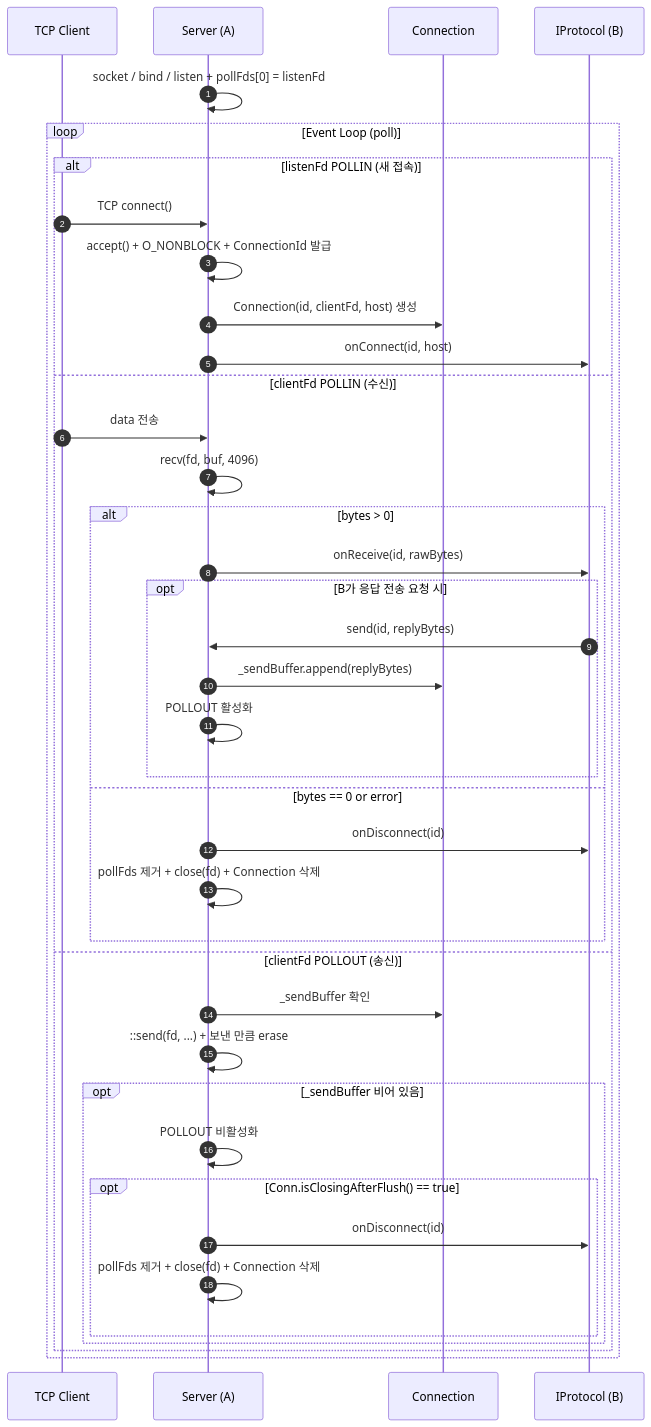
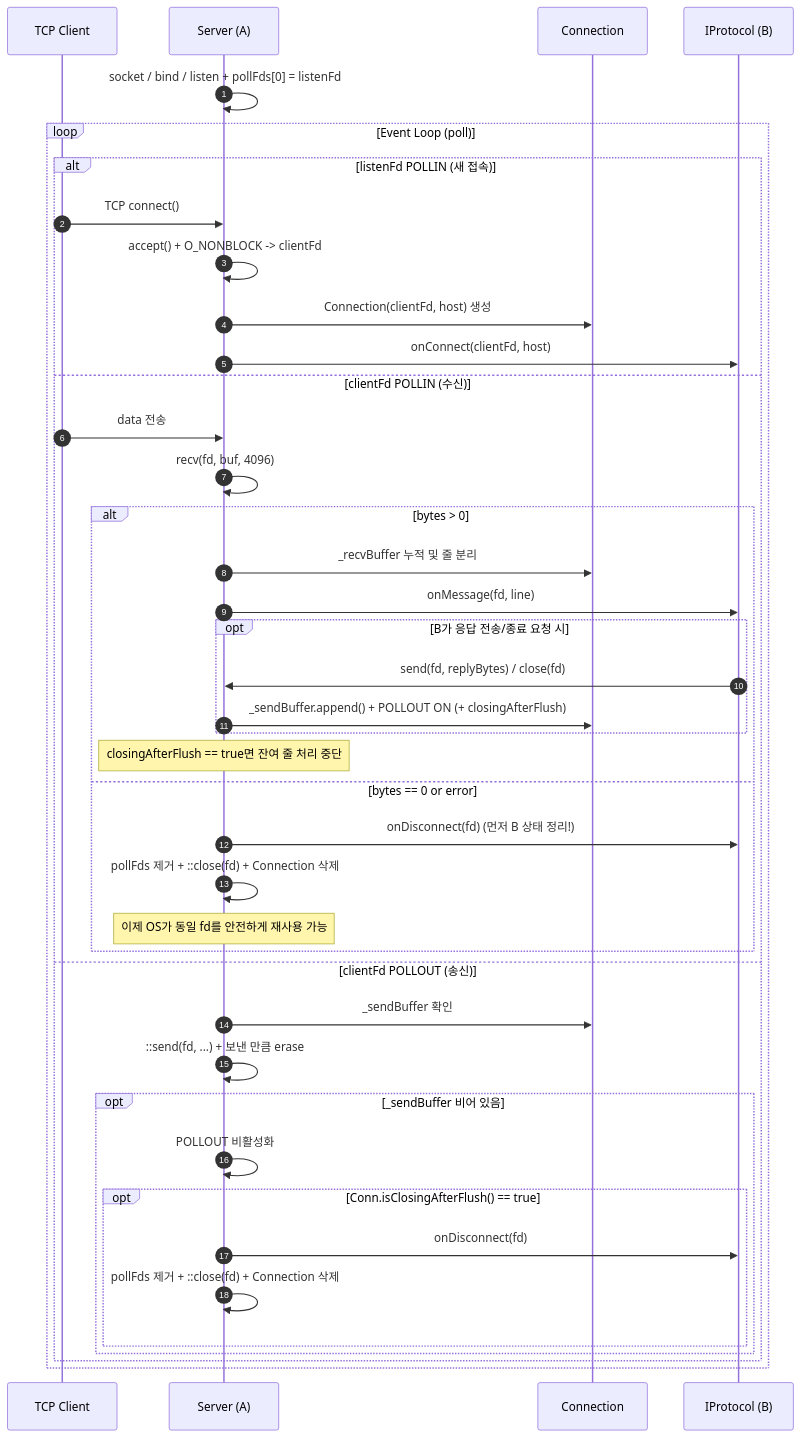
One commit to jinwoki2/ft_irc changed the fourth of 6 diagrams in docs/ARCHITECTURE_AND_SPRINT.md. Above: the diagram before and after it, drawn with Mermaid. The commit also changed other lines of this file and 1 other file, not shown here.

````diff
--- a/docs/ARCHITECTURE_AND_SPRINT.md
+++ b/docs/ARCHITECTURE_AND_SPRINT.md
@@ -528,43 +564,45 @@
 ```mermaid
 sequenceDiagram
     autonumber
     participant C as TCP Client
     participant S as Server (A)
     participant Conn as Connection
     participant P as IProtocol (B)
 
     S->>S: socket / bind / listen + pollFds[0] = listenFd
 
     loop Event Loop (poll)
         alt listenFd POLLIN (새 접속)
             C->>S: TCP connect()
-            S->>S: accept() + O_NONBLOCK + ConnectionId 발급
-            S->>Conn: Connection(id, clientFd, host) 생성
-            S->>P: onConnect(id, host)
+            S->>S: accept() + O_NONBLOCK -> clientFd
+            S->>Conn: Connection(clientFd, host) 생성
+            S->>P: onConnect(clientFd, host)
         else clientFd POLLIN (수신)
             C->>S: data 전송
             S->>S: recv(fd, buf, 4096)
             alt bytes > 0
-                S->>P: onReceive(id, rawBytes)
-                opt B가 응답 전송 요청 시
-                    P->>S: send(id, replyBytes)
-                    S->>Conn: _sendBuffer.append(replyBytes)
-                    S->>S: POLLOUT 활성화
+                S->>Conn: _recvBuffer 누적 및 줄 분리
+                S->>P: onMessage(fd, line)
+                opt B가 응답 전송/종료 요청 시
+                    P->>S: send(fd, replyBytes) / close(fd)
+                    S->>Conn: _sendBuffer.append() + POLLOUT ON (+ closingAfterFlush)
                 end
+                Note over S: closingAfterFlush == true면 잔여 줄 처리 중단
             else bytes == 0 or error
-                S->>P: onDisconnect(id)
-                S->>S: pollFds 제거 + close(fd) + Connection 삭제
+                S->>P: onDisconnect(fd) (먼저 B 상태 정리!)
+                S->>S: pollFds 제거 + ::close(fd) + Connection 삭제
+                Note over S: 이제 OS가 동일 fd를 안전하게 재사용 가능
             end
         else clientFd POLLOUT (송신)
             S->>Conn: _sendBuffer 확인
             S->>S: ::send(fd, ...) + 보낸 만큼 erase
             opt _sendBuffer 비어 있음
                 S->>S: POLLOUT 비활성화
                 opt Conn.isClosingAfterFlush() == true
-                    S->>P: onDisconnect(id)
-                    S->>S: pollFds 제거 + close(fd) + Connection 삭제
+                    S->>P: onDisconnect(fd)
+                    S->>S: pollFds 제거 + ::close(fd) + Connection 삭제
                 end
             end
         end
     end
 ```
````
